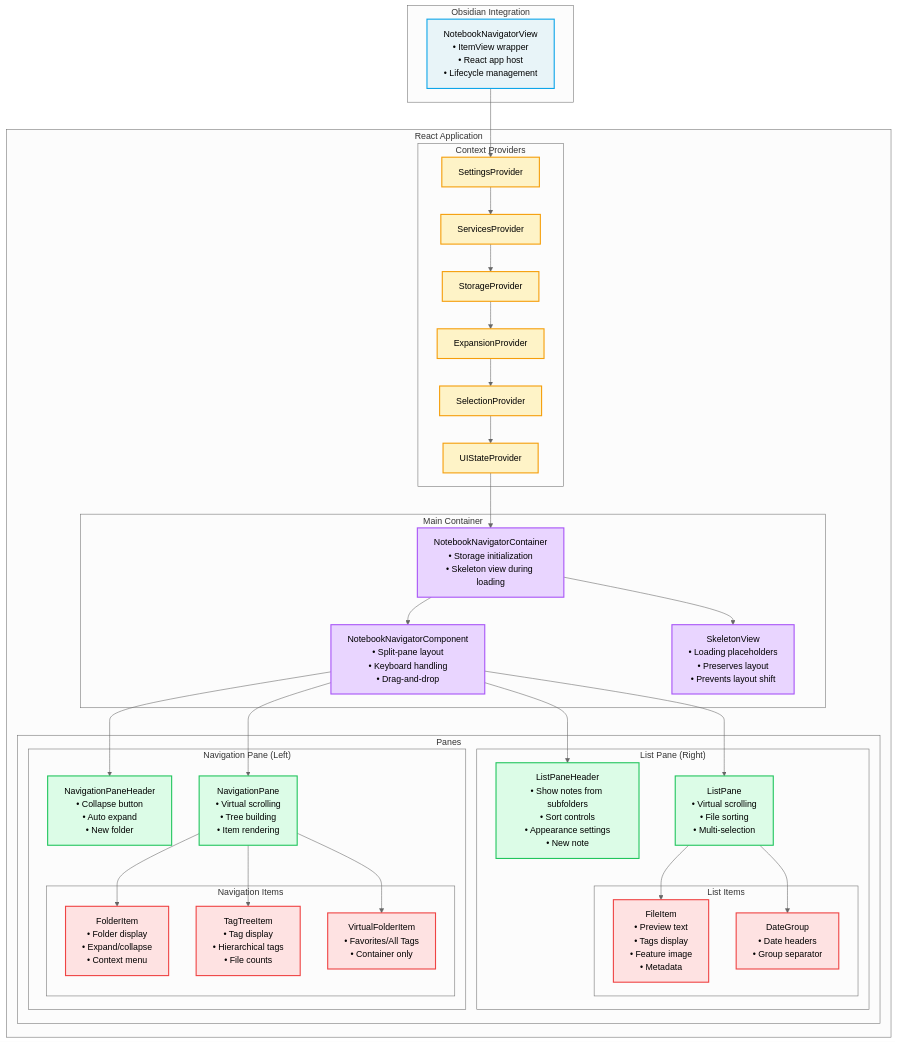
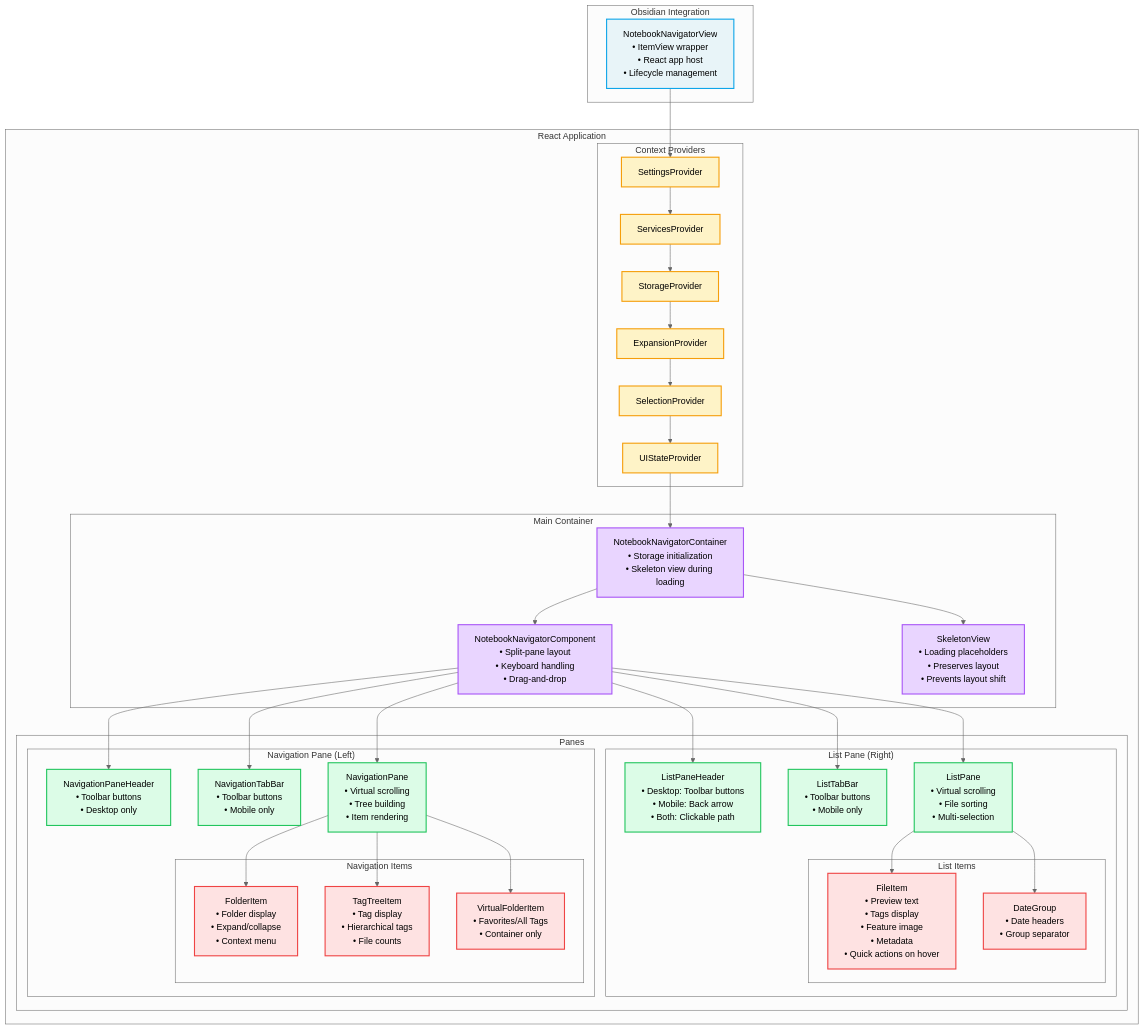
The first of 4 diagrams in docs/rendering-architecture.md (psxvoid/notebook-navigator), drawn with Mermaid (neutral theme) before and after one commit. The commit also changed other lines of this file and 1 other file, not shown here.

Commit message:
Updated docs with new mobile layout

````diff
--- a/docs/rendering-architecture.md
+++ b/docs/rendering-architecture.md
@@ -61,17 +61,19 @@
 
         subgraph "Panes"
             subgraph "List Pane (Right)"
-                LPH[ListPaneHeader<br/>• Show notes from subfolders<br/>• Sort controls<br/>• Appearance settings<br/>• New note]
+                LPH[ListPaneHeader<br/>• Desktop: Toolbar buttons<br/>• Mobile: Back arrow<br/>• Both: Clickable path]
+                LTB[ListTabBar<br/>• Toolbar buttons<br/>• Mobile only]
                 LP[ListPane<br/>• Virtual scrolling<br/>• File sorting<br/>• Multi-selection]
 
                 subgraph "List Items"
-                    FILE[FileItem<br/>• Preview text<br/>• Tags display<br/>• Feature image<br/>• Metadata]
+                    FILE[FileItem<br/>• Preview text<br/>• Tags display<br/>• Feature image<br/>• Metadata<br/>• Quick actions on hover]
                     DG[DateGroup<br/>• Date headers<br/>• Group separator]
                 end
             end
 
             subgraph "Navigation Pane (Left)"
-                NPH[NavigationPaneHeader<br/>• Collapse button<br/>• Auto expand<br/>• New folder]
+                NPH[NavigationPaneHeader<br/>• Toolbar buttons<br/>• Desktop only]
+                NTB[NavigationTabBar<br/>• Toolbar buttons<br/>• Mobile only]
                 NP[NavigationPane<br/>• Virtual scrolling<br/>• Tree building<br/>• Item rendering]
 
                 subgraph "Navigation Items"
@@ -94,8 +96,10 @@
     NC --> SK
     NC --> NNC
     NNC --> NPH
+    NNC --> NTB
     NNC --> NP
     NNC --> LPH
+    NNC --> LTB
     NNC --> LP
     NP --> FI
     NP --> TTI
@@ -113,6 +117,6 @@
     class OV obsidian
     class SP,SVC,ST,EP,SEL,UI context
     class NC,NNC,SK container
-    class NPH,NP,LPH,LP pane
+    class NPH,NTB,NP,LPH,LTB,LP pane
     class FI,TTI,VFI,FILE,DG item
 ```
````
